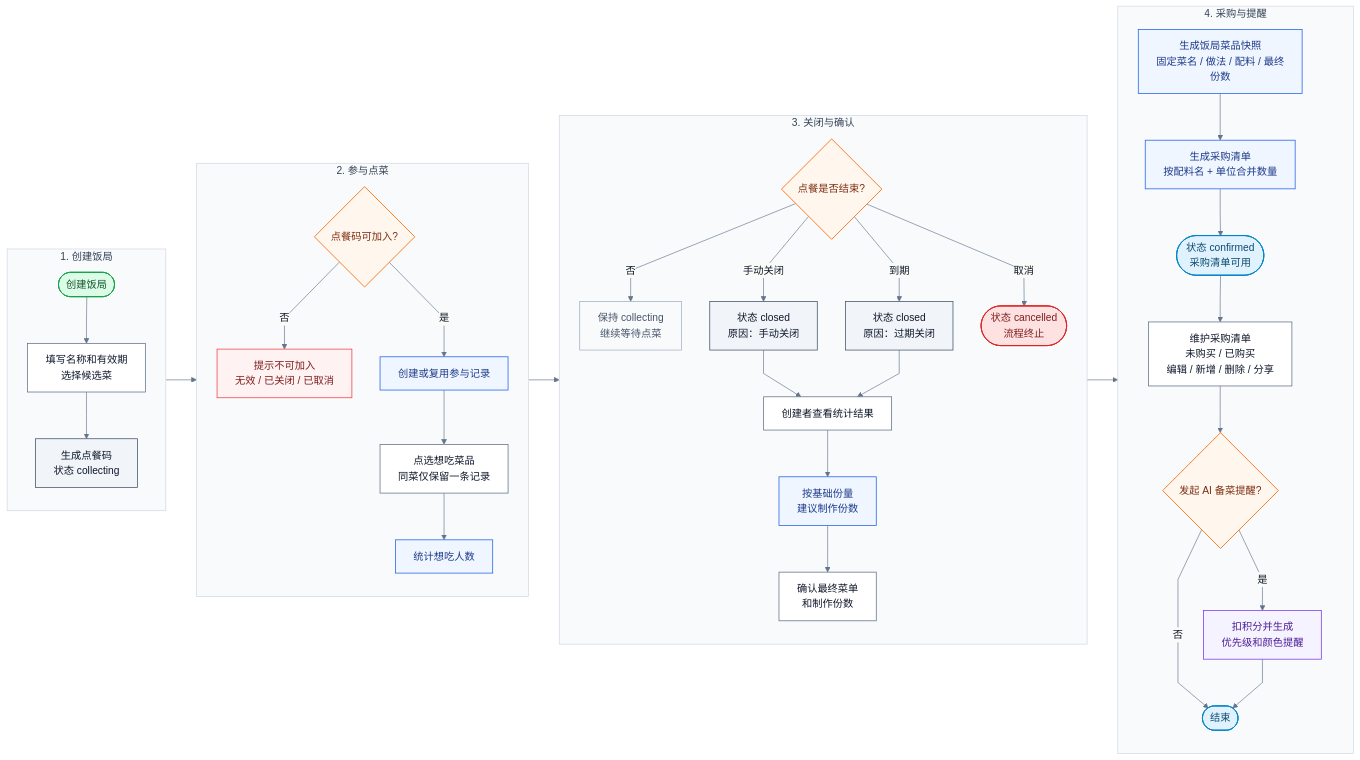
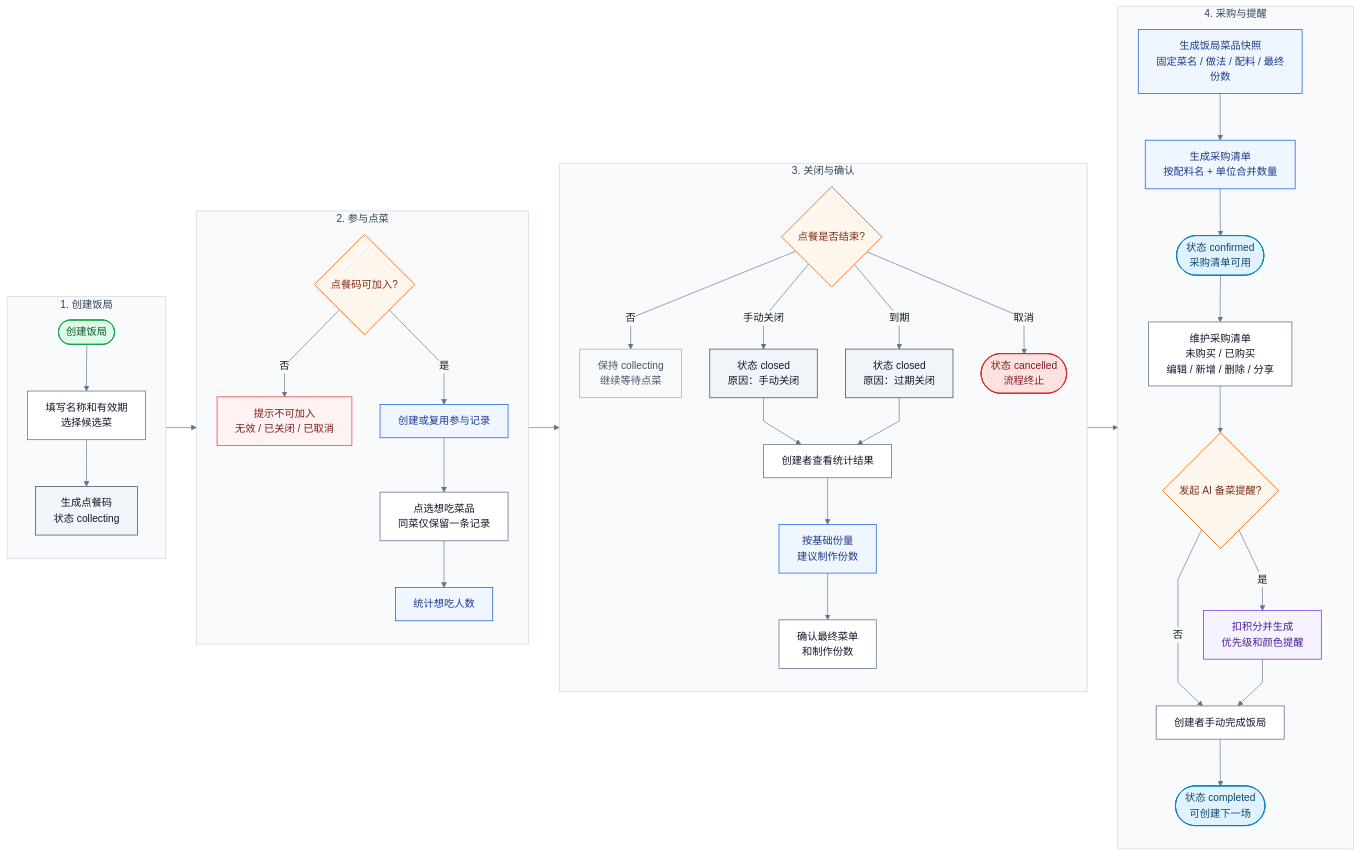
Before and after one commit to dyjh/gin-vue-admin: the diagram in aiDoc/prd/meal-order-to-purchase-flowchart.md, drawn with Mermaid. The commit also changed other lines of this file and 411 other files, not shown here.

````diff
--- a/aiDoc/prd/meal-order-to-purchase-flowchart.md
+++ b/aiDoc/prd/meal-order-to-purchase-flowchart.md
@@ -13,73 +13,74 @@
 ```mermaid
 %%{init: {"theme":"base","themeVariables":{"fontFamily":"Inter, PingFang SC, Microsoft YaHei, sans-serif","primaryColor":"#F8FAFC","primaryTextColor":"#0F172A","primaryBorderColor":"#CBD5E1","lineColor":"#64748B"},"flowchart":{"curve":"linear","nodeSpacing":44,"rankSpacing":48,"padding":14}}}%%
 flowchart LR
     subgraph P1["1. 创建饭局"]
         direction TB
         A([创建饭局]):::start
         B[填写名称和有效期<br/>选择候选菜]:::action
         C[生成点餐码<br/>状态 collecting]:::state
         A --> B --> C
     end
 
     subgraph P2["2. 参与点菜"]
         direction TB
         D{点餐码可加入?}:::decision
         D1[提示不可加入<br/>无效 / 已关闭 / 已取消]:::error
         E[创建或复用参与记录]:::system
         F[点选想吃菜品<br/>同菜仅保留一条记录]:::action
         G[统计想吃人数]:::system
         D -->|否| D1
         D -->|是| E --> F --> G
     end
 
     subgraph P3["3. 关闭与确认"]
         direction TB
         H{点餐是否结束?}:::decision
         H1[保持 collecting<br/>继续等待点菜]:::muted
         I[状态 closed<br/>原因：手动关闭]:::state
         J[状态 closed<br/>原因：过期关闭]:::state
         K([状态 cancelled<br/>流程终止]):::stop
         L[创建者查看统计结果]:::action
         M[按基础份量<br/>建议制作份数]:::system
         N[确认最终菜单<br/>和制作份数]:::action
         H -->|否| H1
         H -->|手动关闭| I --> L
         H -->|到期| J --> L
         H -->|取消| K
         L --> M --> N
     end
 
     subgraph P4["4. 采购与提醒"]
         direction TB
         O[生成饭局菜品快照<br/>固定菜名 / 做法 / 配料 / 最终份数]:::system
         P[生成采购清单<br/>按配料名 + 单位合并数量]:::system
         Q([状态 confirmed<br/>采购清单可用]):::complete
         R[维护采购清单<br/>未购买 / 已购买<br/>编辑 / 新增 / 删除 / 分享]:::action
         S{发起 AI 备菜提醒?}:::decision
         T[扣积分并生成<br/>优先级和颜色提醒]:::ai
-        U([结束]):::complete
+        U[创建者手动完成饭局]:::action
+        V([状态 completed<br/>可创建下一场]):::complete
         O --> P --> Q --> R --> S
-        S -->|否| U
+        S -->|否| U --> V
         S -->|是| T --> U
     end
 
     C --> D
     G --> H
     N --> O
 
     style P1 fill:#F8FAFC,stroke:#CBD5E1,stroke-width:1px,color:#334155;
     style P2 fill:#F8FAFC,stroke:#CBD5E1,stroke-width:1px,color:#334155;
     style P3 fill:#F8FAFC,stroke:#CBD5E1,stroke-width:1px,color:#334155;
     style P4 fill:#F8FAFC,stroke:#CBD5E1,stroke-width:1px,color:#334155;
 
     classDef start fill:#DCFCE7,stroke:#16A34A,color:#14532D,stroke-width:1.5px;
     classDef complete fill:#E0F2FE,stroke:#0284C7,color:#0C4A6E,stroke-width:1.5px;
     classDef stop fill:#FEE2E2,stroke:#DC2626,color:#7F1D1D,stroke-width:1.5px;
     classDef action fill:#FFFFFF,stroke:#64748B,color:#0F172A,stroke-width:1.2px;
     classDef system fill:#EFF6FF,stroke:#2563EB,color:#1E3A8A,stroke-width:1.2px;
     classDef decision fill:#FFF7ED,stroke:#F97316,color:#7C2D12,stroke-width:1.4px;
     classDef state fill:#F1F5F9,stroke:#475569,color:#0F172A,stroke-width:1.2px;
     classDef ai fill:#F5F3FF,stroke:#7C3AED,color:#4C1D95,stroke-width:1.2px;
     classDef error fill:#FEF2F2,stroke:#EF4444,color:#7F1D1D,stroke-width:1.2px;
     classDef muted fill:#F8FAFC,stroke:#94A3B8,color:#475569,stroke-width:1px;
 ```
````
